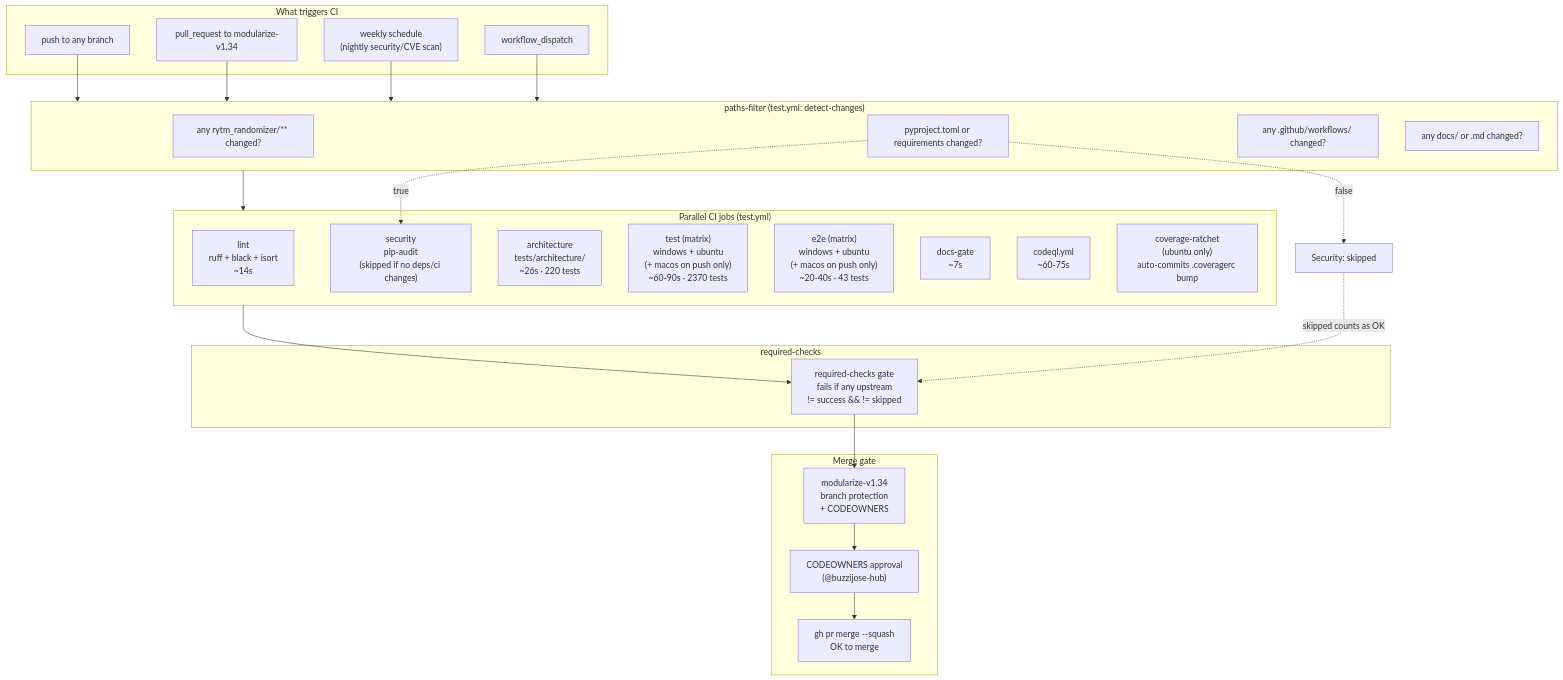
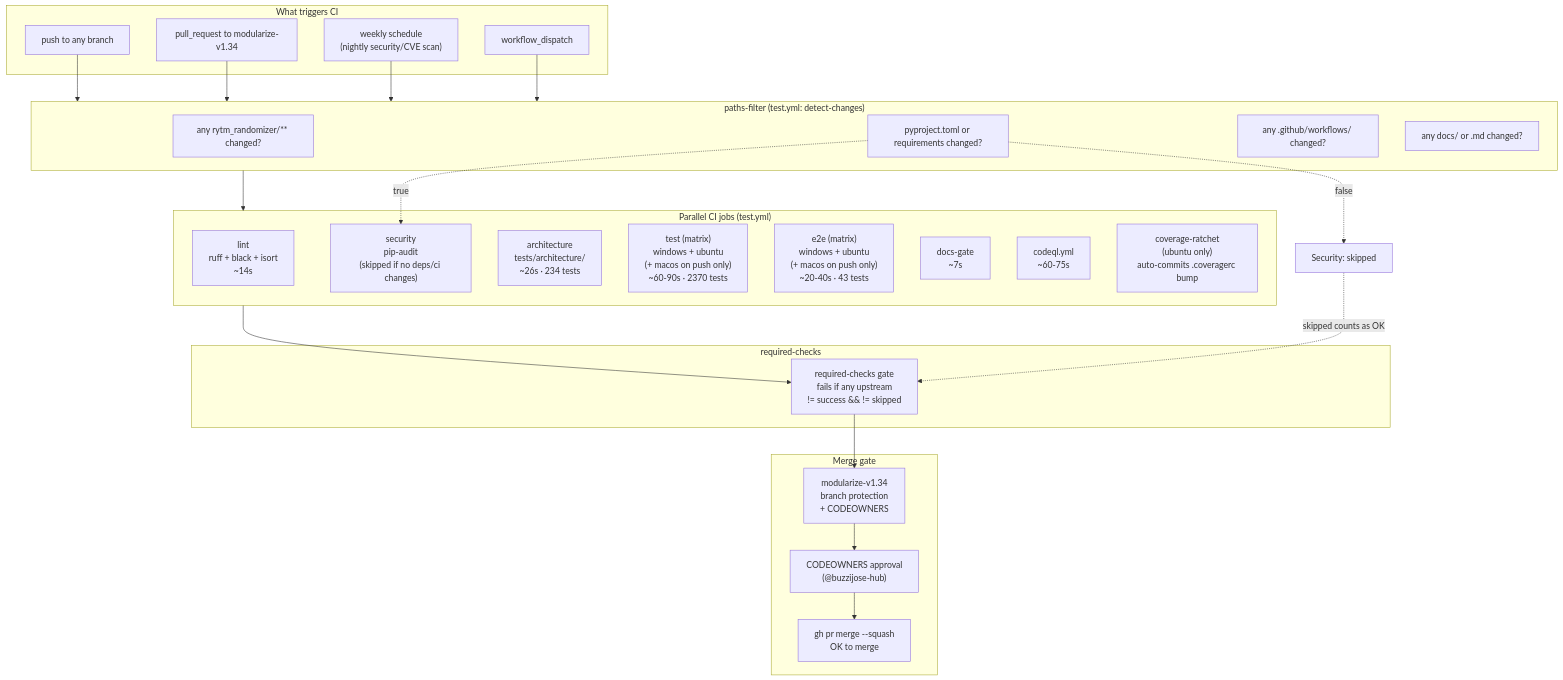
One commit to buzzijose-hub/RytmRandomizer changed diagram 11 of 26 in docs/ARCHITECTURE_DIAGRAMS.md. Above: the diagram before and after it, drawn with Mermaid. The commit also changed other lines of this file and 5 other files, not shown here.

````diff
--- a/docs/ARCHITECTURE_DIAGRAMS.md
+++ b/docs/ARCHITECTURE_DIAGRAMS.md
@@ -729,53 +729,53 @@
 ```mermaid
 flowchart TB
     subgraph Trigger["What triggers CI"]
         Push["push to any branch"]
         PR["pull_request to modularize-v1.34"]
         Schedule["weekly schedule<br/>(nightly security/CVE scan)"]
         Manual["workflow_dispatch"]
     end
 
     subgraph PathFilter["paths-filter (test.yml: detect-changes)"]
         DetectCode["any rytm_randomizer/** changed?"]
         DetectDeps["pyproject.toml or requirements changed?"]
         DetectCI["any .github/workflows/ changed?"]
         DetectDocs["any docs/ or .md changed?"]
     end
 
     subgraph Jobs["Parallel CI jobs (test.yml)"]
         Lint["lint<br/>ruff + black + isort<br/>~14s"]
         Security["security<br/>pip-audit<br/>(skipped if no deps/ci changes)"]
-        Architecture["architecture<br/>tests/architecture/<br/>~26s · 220 tests"]
+        Architecture["architecture<br/>tests/architecture/<br/>~26s · 234 tests"]
         TestMatrix["test (matrix)<br/>windows + ubuntu<br/>(+ macos on push only)<br/>~60-90s · 2370 tests"]
         E2EMatrix["e2e (matrix)<br/>windows + ubuntu<br/>(+ macos on push only)<br/>~20-40s · 43 tests"]
         DocsGate["docs-gate<br/>~7s"]
         CodeQL["codeql.yml<br/>~60-75s"]
         CoverageRatchet["coverage-ratchet<br/>(ubuntu only)<br/>auto-commits .coveragerc bump"]
     end
 
     subgraph Aggregator["required-checks"]
         Gate["required-checks gate<br/>fails if any upstream<br/>!= success && != skipped"]
     end
 
     subgraph MergeGate["Merge gate"]
         BranchProtection["modularize-v1.34<br/>branch protection<br/>+ CODEOWNERS"]
         Approval["CODEOWNERS approval<br/>(@buzzijose-hub)"]
         Merge["gh pr merge --squash<br/>OK to merge"]
     end
 
     Push --> PathFilter
     PR --> PathFilter
     Schedule --> PathFilter
     Manual --> PathFilter
 
     PathFilter --> Jobs
 
     Jobs --> Gate
     Gate --> BranchProtection
     BranchProtection --> Approval
     Approval --> Merge
 
     DetectDeps -.->|"true"| Security
     DetectDeps -.->|"false"| Skip1["Security: skipped"]
     Skip1 -.->|"skipped counts as OK"| Gate
 ```
````
